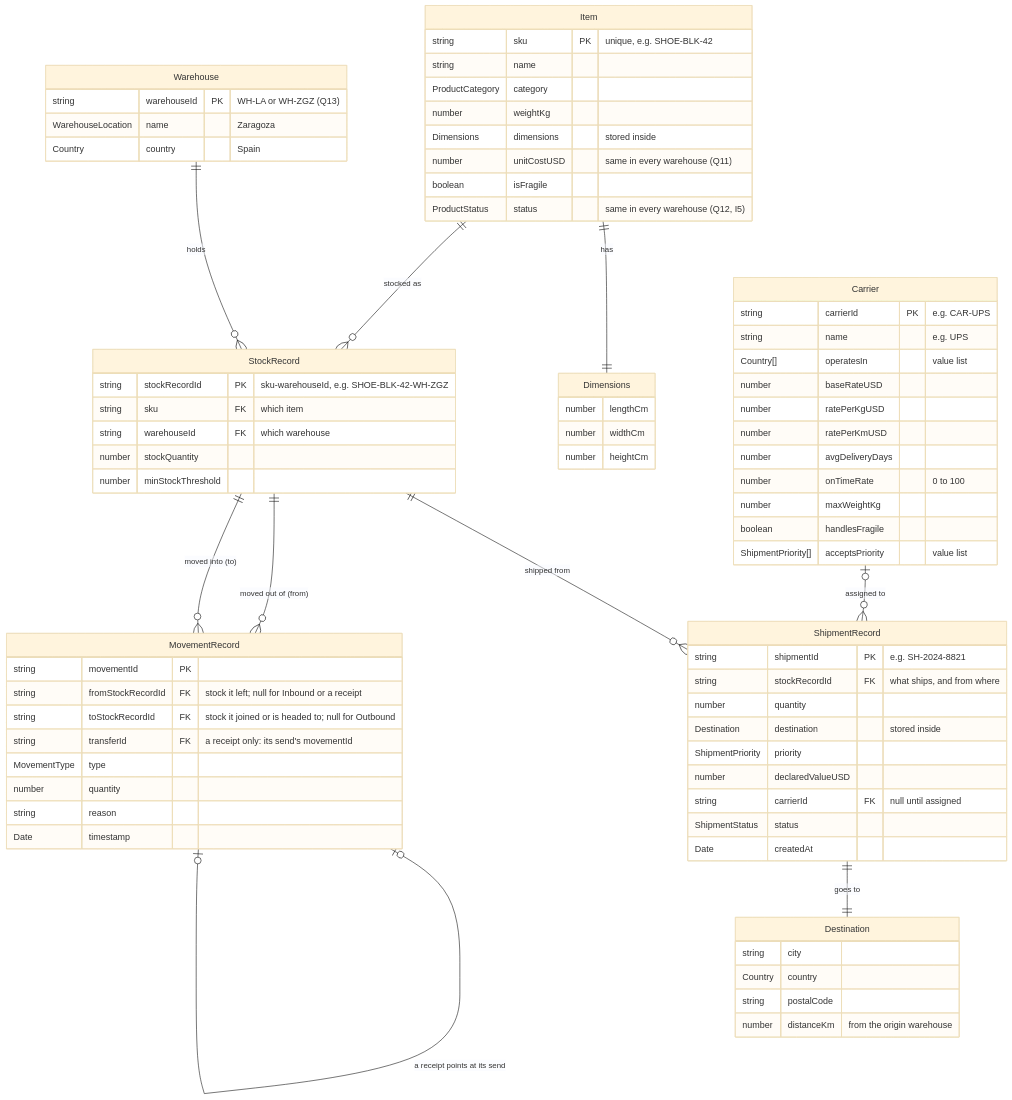
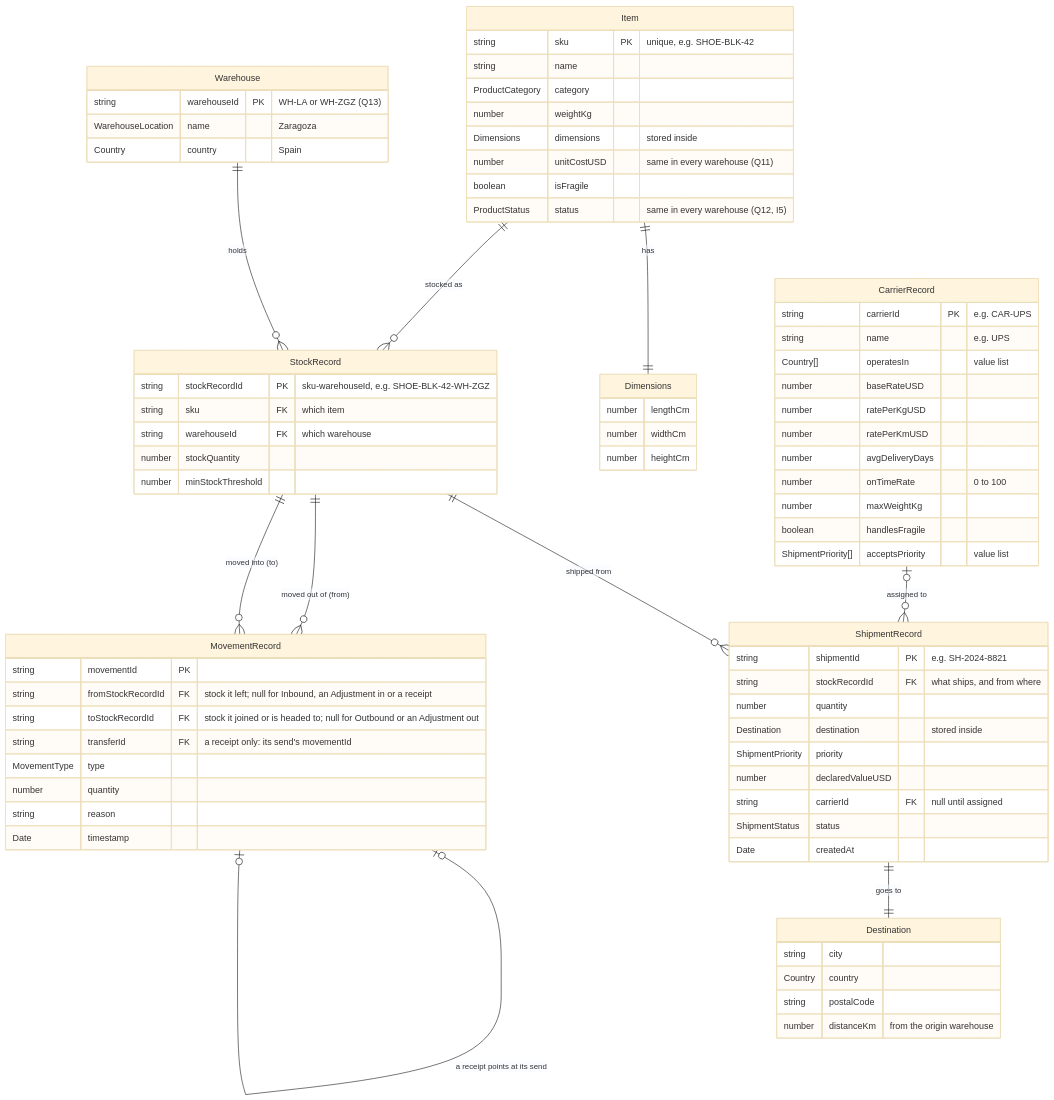
The diagram in packages/warehouse-logic/docs/erd.md (Sun-flow/TrackFlow-Company-Overhaul), drawn with Mermaid (base theme) before and after one commit. The commit also changed other lines of this file and 2 other files, not shown here.

First line of the commit message:
Correct the Milestone 2 plan, definition of done and ERD where a review found them at odds with the brief or each other, so no package copies a mistake.

````diff
--- a/packages/warehouse-logic/docs/erd.md
+++ b/packages/warehouse-logic/docs/erd.md
@@ -10,80 +10,80 @@
 ```mermaid
 erDiagram
     Item {
         string sku PK "unique, e.g. SHOE-BLK-42"
         string name
         ProductCategory category
         number weightKg
         Dimensions dimensions "stored inside"
         number unitCostUSD "same in every warehouse (Q11)"
         boolean isFragile
         ProductStatus status "same in every warehouse (Q12, I5)"
     }
     Dimensions {
         number lengthCm
         number widthCm
         number heightCm
     }
     Warehouse {
         string warehouseId PK "WH-LA or WH-ZGZ (Q13)"
         WarehouseLocation name "Zaragoza"
         Country country "Spain"
     }
     StockRecord {
         string stockRecordId PK "sku-warehouseId, e.g. SHOE-BLK-42-WH-ZGZ"
         string sku FK "which item"
         string warehouseId FK "which warehouse"
         number stockQuantity
         number minStockThreshold
     }
     ShipmentRecord {
         string shipmentId PK "e.g. SH-2024-8821"
         string stockRecordId FK "what ships, and from where"
         number quantity
         Destination destination "stored inside"
         ShipmentPriority priority
         number declaredValueUSD
         string carrierId FK "null until assigned"
         ShipmentStatus status
         Date createdAt
     }
     Destination {
         string city
         Country country
         string postalCode
         number distanceKm "from the origin warehouse"
     }
     MovementRecord {
         string movementId PK
-        string fromStockRecordId FK "stock it left; null for Inbound or a receipt"
-        string toStockRecordId FK "stock it joined or is headed to; null for Outbound"
+        string fromStockRecordId FK "stock it left; null for Inbound, an Adjustment in or a receipt"
+        string toStockRecordId FK "stock it joined or is headed to; null for Outbound or an Adjustment out"
         string transferId FK "a receipt only: its send's movementId"
         MovementType type
         number quantity
         string reason
         Date timestamp
     }
-    Carrier {
+    CarrierRecord {
         string carrierId PK "e.g. CAR-UPS"
         string name "e.g. UPS"
         Country[] operatesIn "value list"
         number baseRateUSD
         number ratePerKgUSD
         number ratePerKmUSD
         number avgDeliveryDays
         number onTimeRate "0 to 100"
         number maxWeightKg
         boolean handlesFragile
         ShipmentPriority[] acceptsPriority "value list"
     }
 
     Item ||--|| Dimensions : "has"
     Item ||--o{ StockRecord : "stocked as"
     Warehouse ||--o{ StockRecord : "holds"
     StockRecord ||--o{ ShipmentRecord : "shipped from"
     StockRecord ||--o{ MovementRecord : "moved out of (from)"
     StockRecord ||--o{ MovementRecord : "moved into (to)"
     MovementRecord |o--o| MovementRecord : "a receipt points at its send"
-    Carrier |o--o{ ShipmentRecord : "assigned to"
+    CarrierRecord |o--o{ ShipmentRecord : "assigned to"
     ShipmentRecord ||--|| Destination : "goes to"
 ```
````
